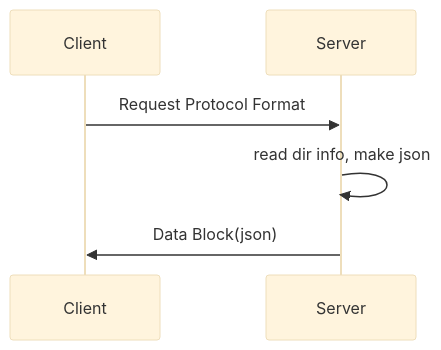
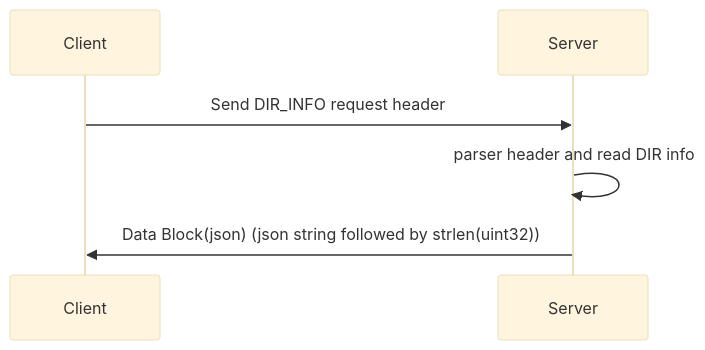
Before and after one commit to BenYoo-ben/LightFileExplorer: the second of 5 diagrams in file_server/README.md, drawn with Mermaid (base theme). The commit also changed other lines of this file, not shown here.

Commit message:
Update File Server README

````diff
--- a/file_server/README.md
+++ b/file_server/README.md
@@ -77,8 +83,8 @@
 ```mermaid
 sequenceDiagram
-    Client->>Server: Request Protocol Format
+    Client->>Server: Send DIR_INFO request header
 
-    Server->>Server: read dir info, make json
+    Server->>Server: parser header and read DIR info
     
-    Server->>Client: Data Block(json)
+    Server->>Client: Data Block(json) (json string followed by strlen(uint32))
 ```  
````
